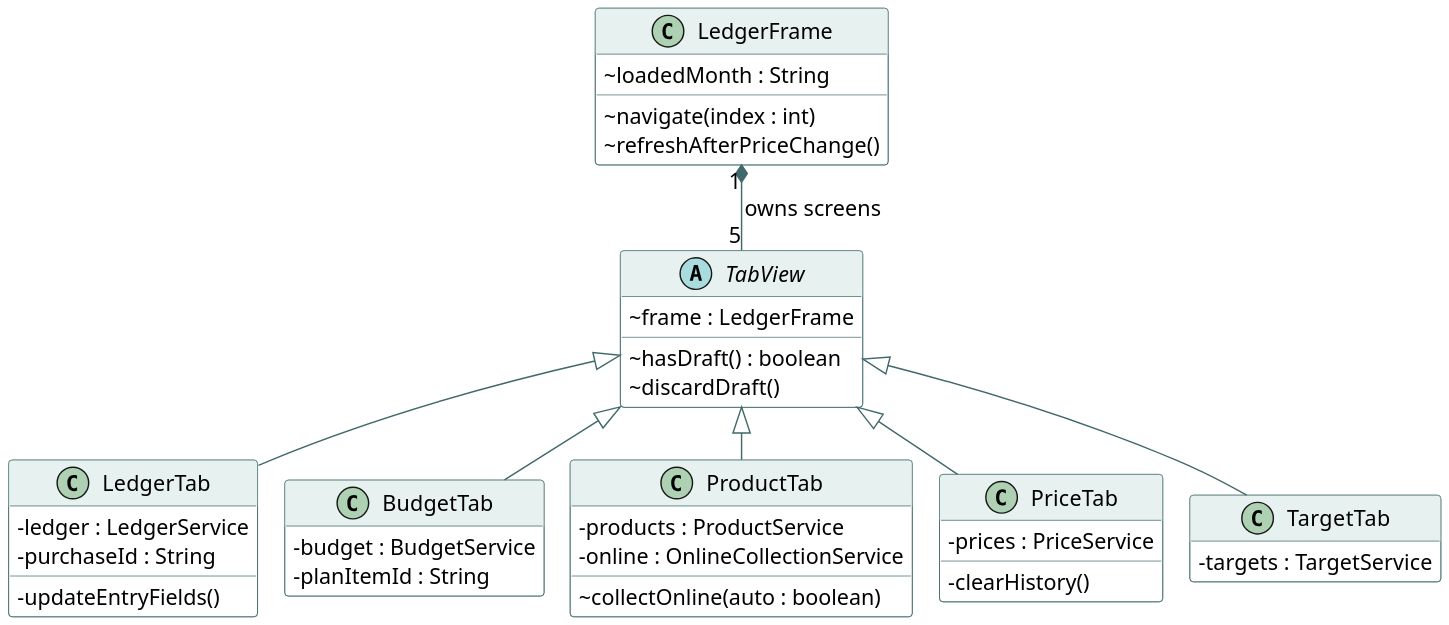
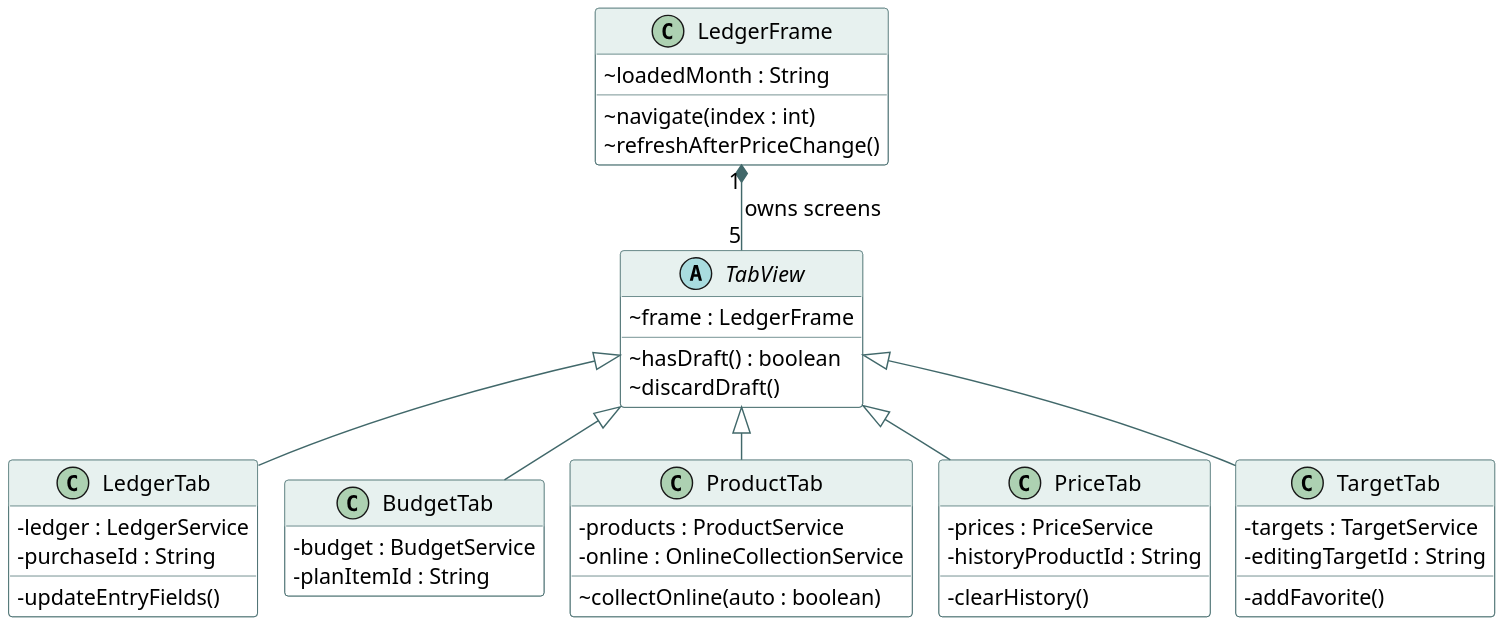
The diagram in doc/class-storage-ui.puml (hyeonsu-test/smart-grocery-ledger), drawn with PlantUML before and after one commit. The commit also changed 24 other files, not shown here.

Commit message:
Fix discovered product comparison and purchase target selection

```diff
--- a/doc/class-storage-ui.puml
+++ b/doc/class-storage-ui.puml
@@ -1,51 +1,54 @@
 @startuml
 !pragma layout smetana
 skinparam dpi 170
 skinparam shadowing false
 skinparam classAttributeIconSize 0
 skinparam defaultFontName Arial
 skinparam defaultFontSize 15
 skinparam classBackgroundColor #FFFFFF
 skinparam classBorderColor #41686A
 skinparam classHeaderBackgroundColor #E7F1EF
 skinparam ArrowColor #41686A
 hide empty members
 top to bottom direction
 class LedgerFrame {
   ~ loadedMonth : String
   ~ navigate(index : int)
   ~ refreshAfterPriceChange()
 }
 abstract class TabView {
   ~ frame : LedgerFrame
   ~ hasDraft() : boolean
   ~ discardDraft()
 }
 class LedgerTab {
   - ledger : LedgerService
   - purchaseId : String
   - updateEntryFields()
 }
 class BudgetTab {
   - budget : BudgetService
   - planItemId : String
 }
 class ProductTab {
   - products : ProductService
   - online : OnlineCollectionService
   ~ collectOnline(auto : boolean)
 }
 class PriceTab {
   - prices : PriceService
+  - historyProductId : String
   - clearHistory()
 }
 class TargetTab {
   - targets : TargetService
+  - editingTargetId : String
+  - addFavorite()
 }
 LedgerFrame "1" *-- "5" TabView : owns screens
 TabView <|-- LedgerTab
 TabView <|-- BudgetTab
 TabView <|-- ProductTab
 TabView <|-- PriceTab
 TabView <|-- TargetTab
 @enduml
```
